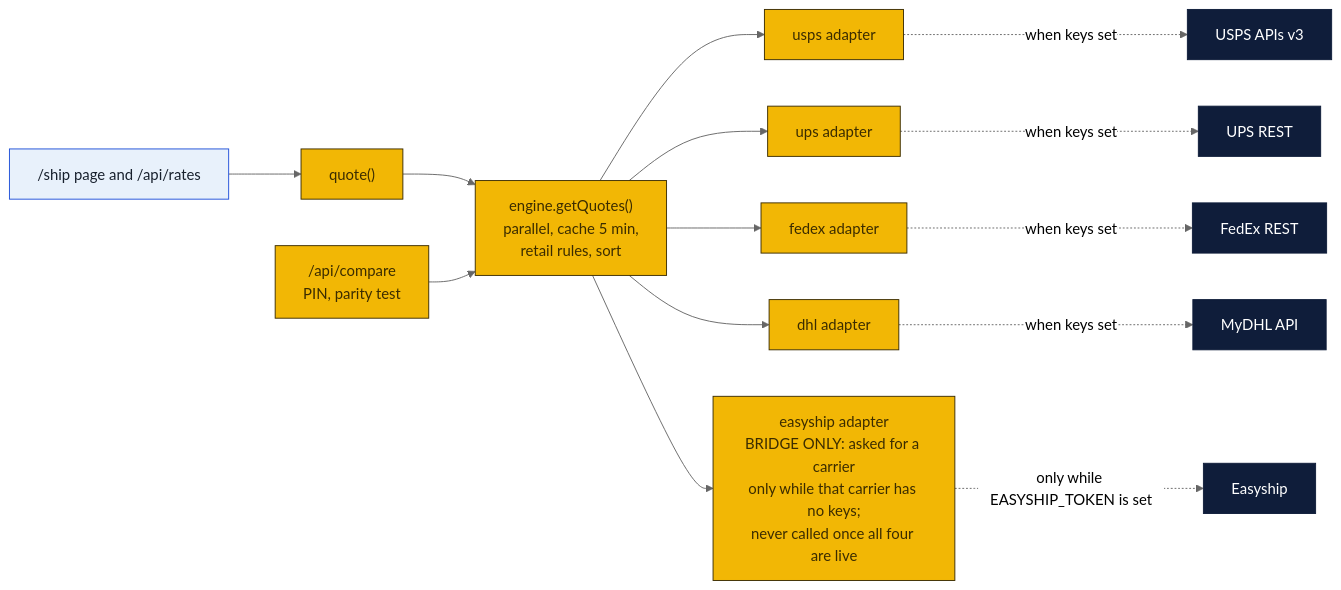
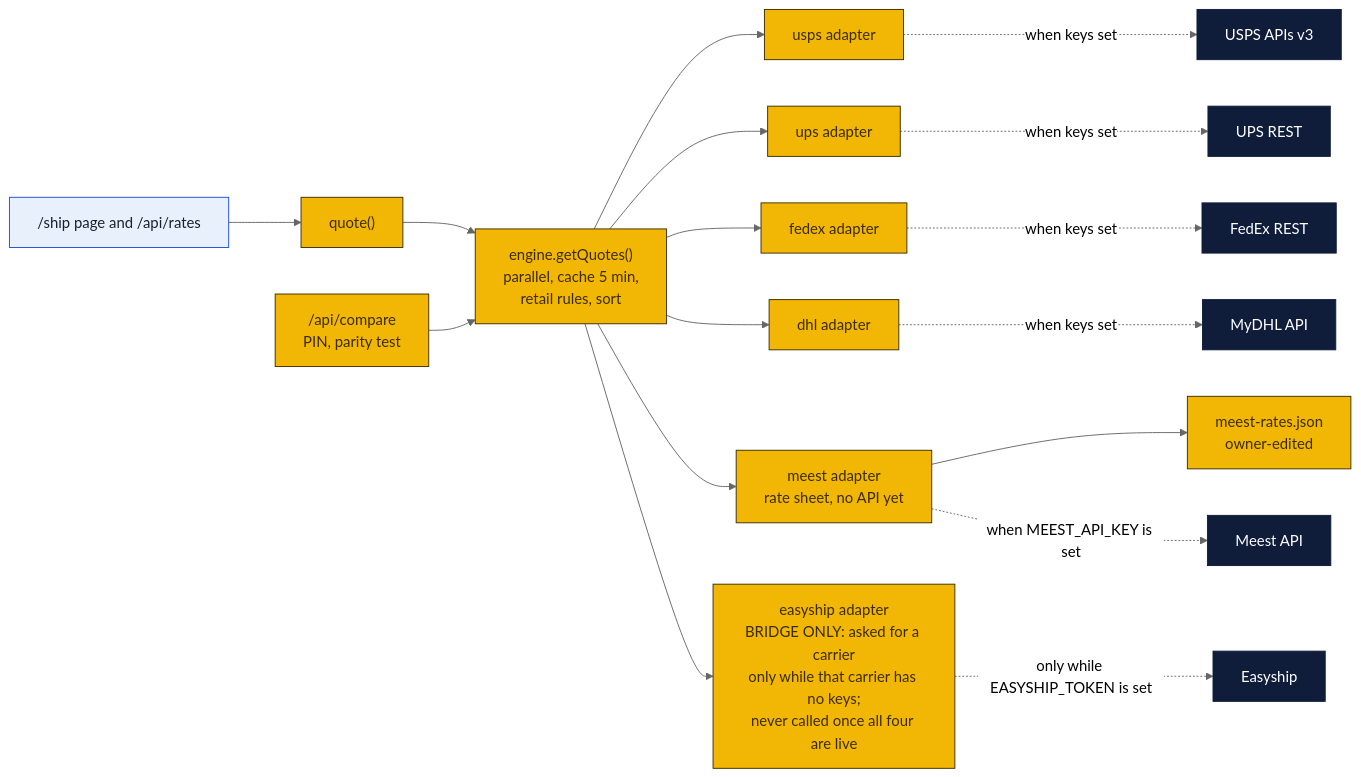
One commit to wbp318/goin-postal-forsythe changed the second of 8 diagrams in shipping-client/README.md. Above: the diagram before and after it, drawn with Mermaid (neutral theme). The commit also changed other lines of this file and 33 other files, not shown here.

````diff
--- a/shipping-client/README.md
+++ b/shipping-client/README.md
@@ -40,19 +141,22 @@
 ```mermaid
 flowchart LR
   P["/ship page and /api/rates"]:::you --> Q["quote()"]:::local
   Q --> E["engine.getQuotes()<br/>parallel, cache 5 min,<br/>retail rules, sort"]:::local
   E --> U["usps adapter"]:::local
   E --> UP["ups adapter"]:::local
   E --> F["fedex adapter"]:::local
   E --> D["dhl adapter"]:::local
+  E --> M["meest adapter<br/>rate sheet, no API yet"]:::local
   E --> ES["easyship adapter<br/>BRIDGE ONLY: asked for a carrier<br/>only while that carrier has no keys;<br/>never called once all four are live"]:::local
   U -.->|when keys set| UA["USPS APIs v3"]:::cloud
   UP -.->|when keys set| UPA["UPS REST"]:::cloud
   F -.->|when keys set| FA["FedEx REST"]:::cloud
   D -.->|when keys set| DA["MyDHL API"]:::cloud
+  M --> MR["meest-rates.json<br/>owner-edited"]:::local
+  M -.->|"when MEEST_API_KEY is set"| MA["Meest API"]:::cloud
   ES -.->|"only while EASYSHIP_TOKEN is set"| ESA["Easyship"]:::cloud
   C["/api/compare<br/>PIN, parity test"]:::local --> E
   classDef local fill:#f2b705,stroke:#3b2c00,color:#3b2c00
   classDef cloud fill:#0f1d3a,stroke:#0f1d3a,color:#ffffff
   classDef you fill:#e8f1fb,stroke:#1d4ed8,color:#17202d
 ```
````
